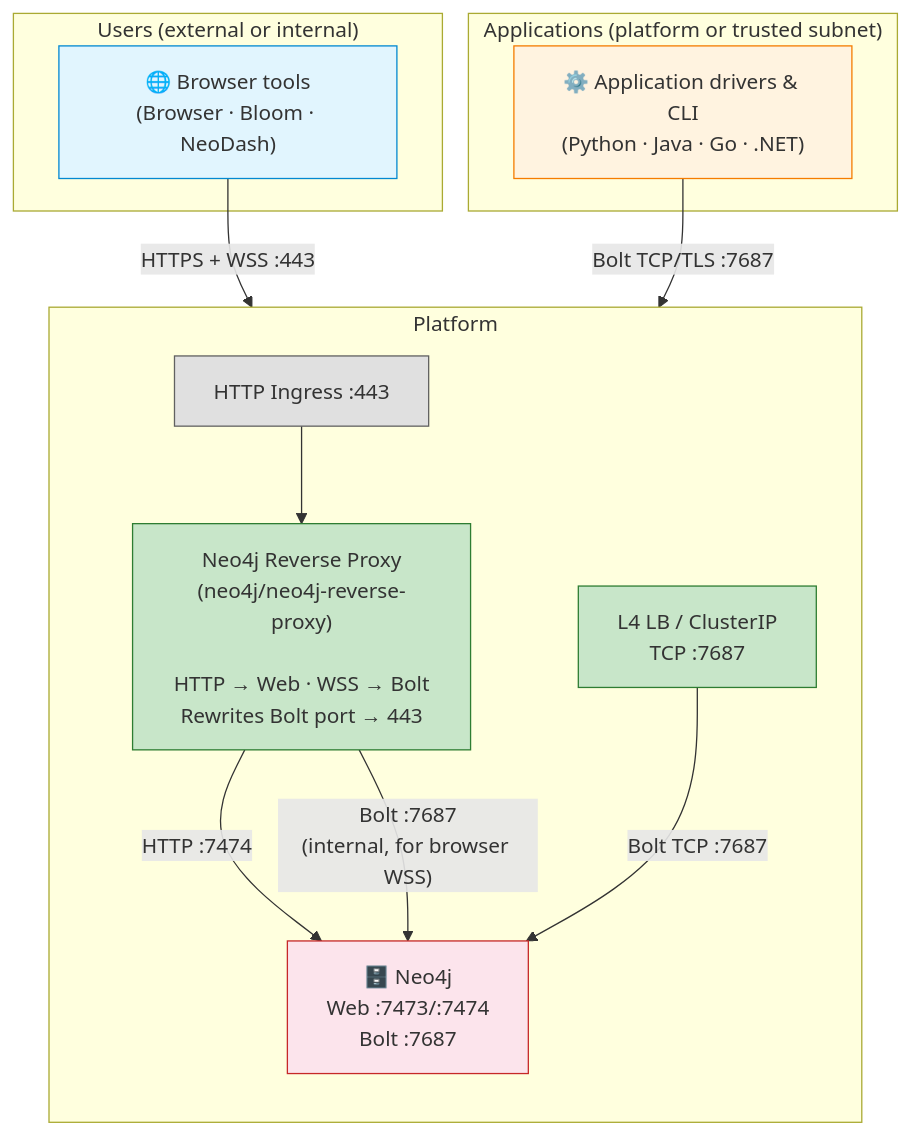
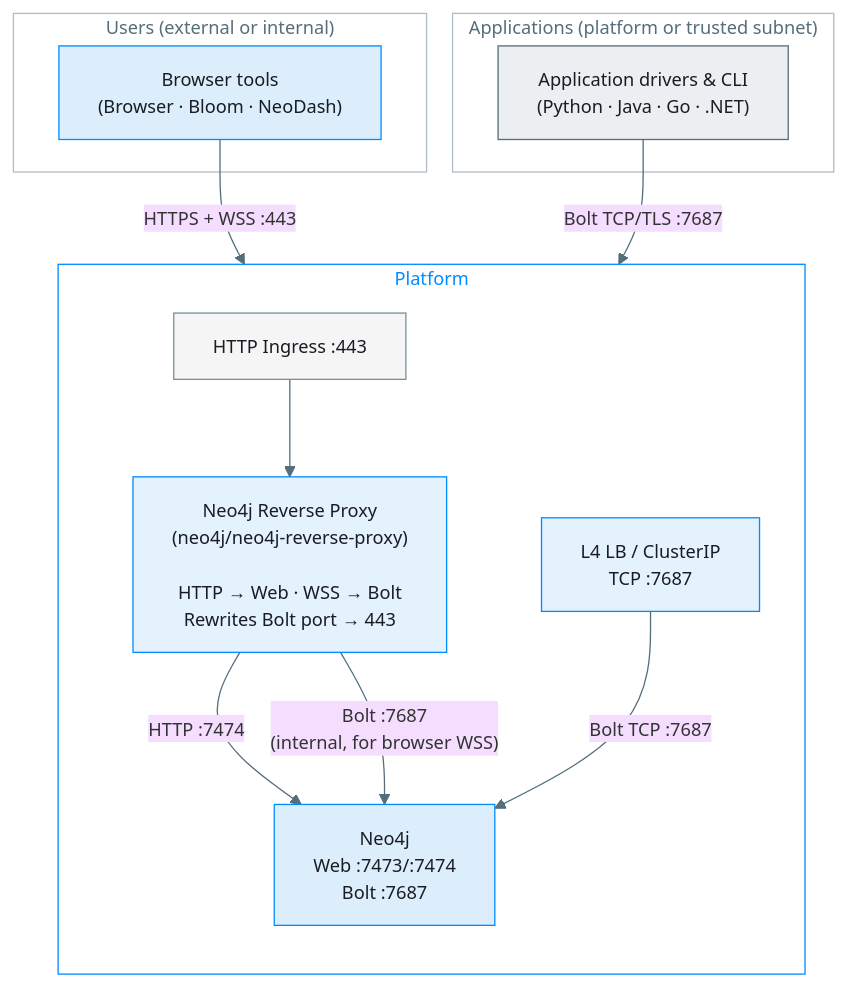
The second of 4 diagrams in neo4j-client-access-patterns.md (sebastien-paltrie-neo4j/neo4j-kubernetes), drawn with Mermaid before and after one commit. The commit also changed other lines of this file, not shown here.

Commit message:
tweak styling mermaid font

````diff
--- a/neo4j-client-access-patterns.md
+++ b/neo4j-client-access-patterns.md
@@ -78,31 +83,35 @@
 ```mermaid
+%%{init: {'theme':'base', 'themeVariables': {'lineColor':'#546E7A','fontSize':'14px'}}}%%
 flowchart TB
     subgraph users ["Users (external or internal)"]
-        browser_user["🌐 Browser tools\n(Browser · Bloom · NeoDash)"]
+        browser_user["Browser tools\n(Browser · Bloom · NeoDash)"]
     end
 
     subgraph apps ["Applications (platform or trusted subnet)"]
-        backend["⚙️ Application drivers & CLI\n(Python · Java · Go · .NET)"]
+        backend["Application drivers & CLI\n(Python · Java · Go · .NET)"]
     end
 
     subgraph k8s ["Platform"]
         direction TB
         ing["HTTP Ingress :443"] --> rp["Neo4j Reverse Proxy\n(neo4j/neo4j-reverse-proxy)\n\nHTTP → Web · WSS → Bolt\nRewrites Bolt port → 443"]
         lb_bolt["L4 LB / ClusterIP\nTCP :7687"]
-        neo["🗄️ Neo4j\nWeb :7473/:7474\nBolt :7687"]
+        neo["Neo4j\nWeb :7473/:7474\nBolt :7687"]
 
         rp -- "HTTP :7474" --> neo
         rp -- "Bolt :7687\n(internal, for browser WSS)" --> neo
         lb_bolt -- "Bolt TCP :7687" --> neo
     end
 
     browser_user -- "HTTPS + WSS :443" --> ing
     backend -- "Bolt TCP/TLS :7687" --> lb_bolt
 
-    style browser_user fill:#e1f5fe,stroke:#0288d1
-    style backend fill:#fff3e0,stroke:#f57c00
-    style ing fill:#e0e0e0,stroke:#616161
-    style rp fill:#c8e6c9,stroke:#2e7d32
-    style lb_bolt fill:#c8e6c9,stroke:#2e7d32
-    style neo fill:#fce4ec,stroke:#c62828
+    style browser_user fill:#DCEEFB,stroke:#018BFF,color:#1A1C24
+    style backend fill:#ECEFF1,stroke:#546E7A,color:#1A1C24
+    style ing fill:#F5F5F5,stroke:#78909C,color:#1A1C24
+    style rp fill:#E3F2FD,stroke:#018BFF,color:#1A1C24
+    style lb_bolt fill:#E3F2FD,stroke:#018BFF,color:#1A1C24
+    style neo fill:#DCEEFB,stroke:#018BFF,color:#1A1C24
+    style users fill:none,stroke:#B0BEC5,color:#546E7A
+    style apps fill:none,stroke:#B0BEC5,color:#546E7A
+    style k8s fill:none,stroke:#018BFF,color:#018BFF
 ```
````
